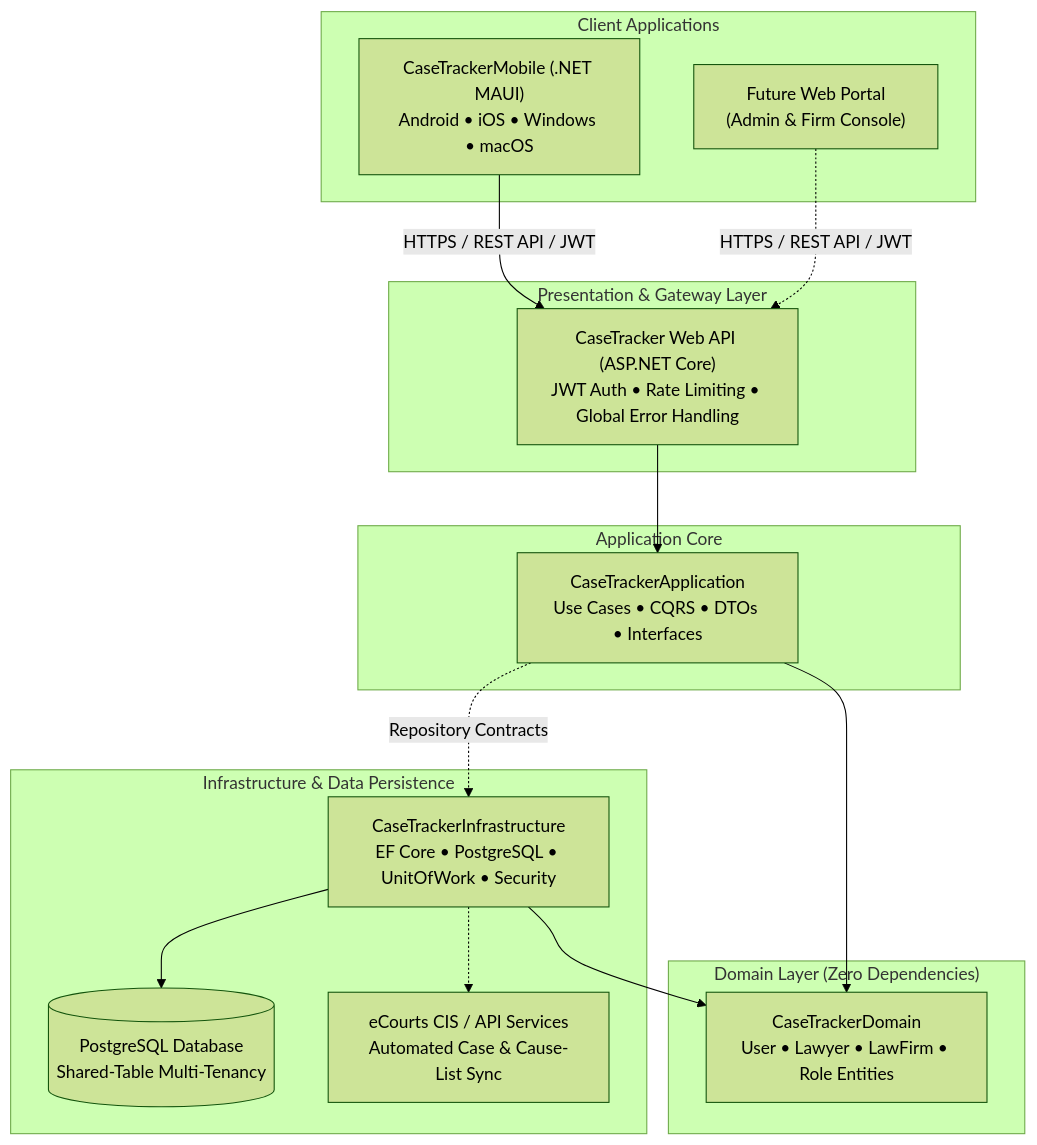
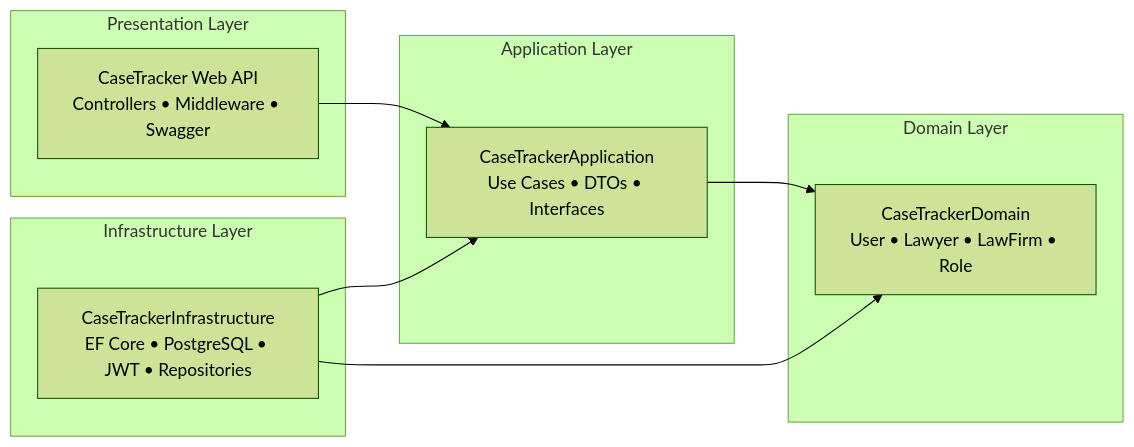
The diagram in README.md (Our-Products/CaseTracker), drawn with Mermaid (forest theme) before and after one commit. The commit also changed other lines of this file and 16 other files, not shown here.

````diff
--- a/README.md
+++ b/README.md
@@ -17,34 +28,23 @@
 ```mermaid
-graph TD
-    subgraph ClientLayer ["Client Applications"]
-        MAUI["CaseTrackerMobile (.NET MAUI)<br/>Android • iOS • Windows • macOS"]
-        WebPortal["Future Web Portal<br/>(Admin & Firm Console)"]
+graph LR
+    subgraph Presentation ["Presentation Layer"]
+        API["CaseTracker Web API<br/>Controllers • Middleware • Swagger"]
     end
 
-    subgraph APILayer ["Presentation & Gateway Layer"]
-        API["CaseTracker Web API (ASP.NET Core)<br/>JWT Auth • Rate Limiting • Global Error Handling"]
+    subgraph Application ["Application Layer"]
+        App["CaseTrackerApplication<br/>Use Cases • DTOs • Interfaces"]
     end
 
-    subgraph AppLayer ["Application Core"]
-        App["CaseTrackerApplication<br/>Use Cases • CQRS • DTOs • Interfaces"]
+    subgraph Domain ["Domain Layer"]
+        Dom["CaseTrackerDomain<br/>User • Lawyer • LawFirm • Role"]
     end
 
-    subgraph DomainLayer ["Domain Layer (Zero Dependencies)"]
-        Domain["CaseTrackerDomain<br/>User • Lawyer • LawFirm • Role Entities"]
+    subgraph Infrastructure ["Infrastructure Layer"]
+        Infra["CaseTrackerInfrastructure<br/>EF Core • PostgreSQL • JWT • Repositories"]
     end
 
-    subgraph InfraLayer ["Infrastructure & Data Persistence"]
-        Infra["CaseTrackerInfrastructure<br/>EF Core • PostgreSQL • UnitOfWork • Security"]
-        PG[("PostgreSQL Database<br/>Shared-Table Multi-Tenancy")]
-        eCourts["eCourts CIS / API Services<br/>Automated Case & Cause-List Sync"]
-    end
-
-    MAUI -->|HTTPS / REST API / JWT| API
-    WebPortal -.->|HTTPS / REST API / JWT| API
     API --> App
-    App --> Domain
-    Infra --> Domain
-    App -.->|Repository Contracts| Infra
-    Infra --> PG
-    Infra -.-> eCourts
+    App --> Dom
+    Infra --> App
+    Infra --> Dom
 ```
````
